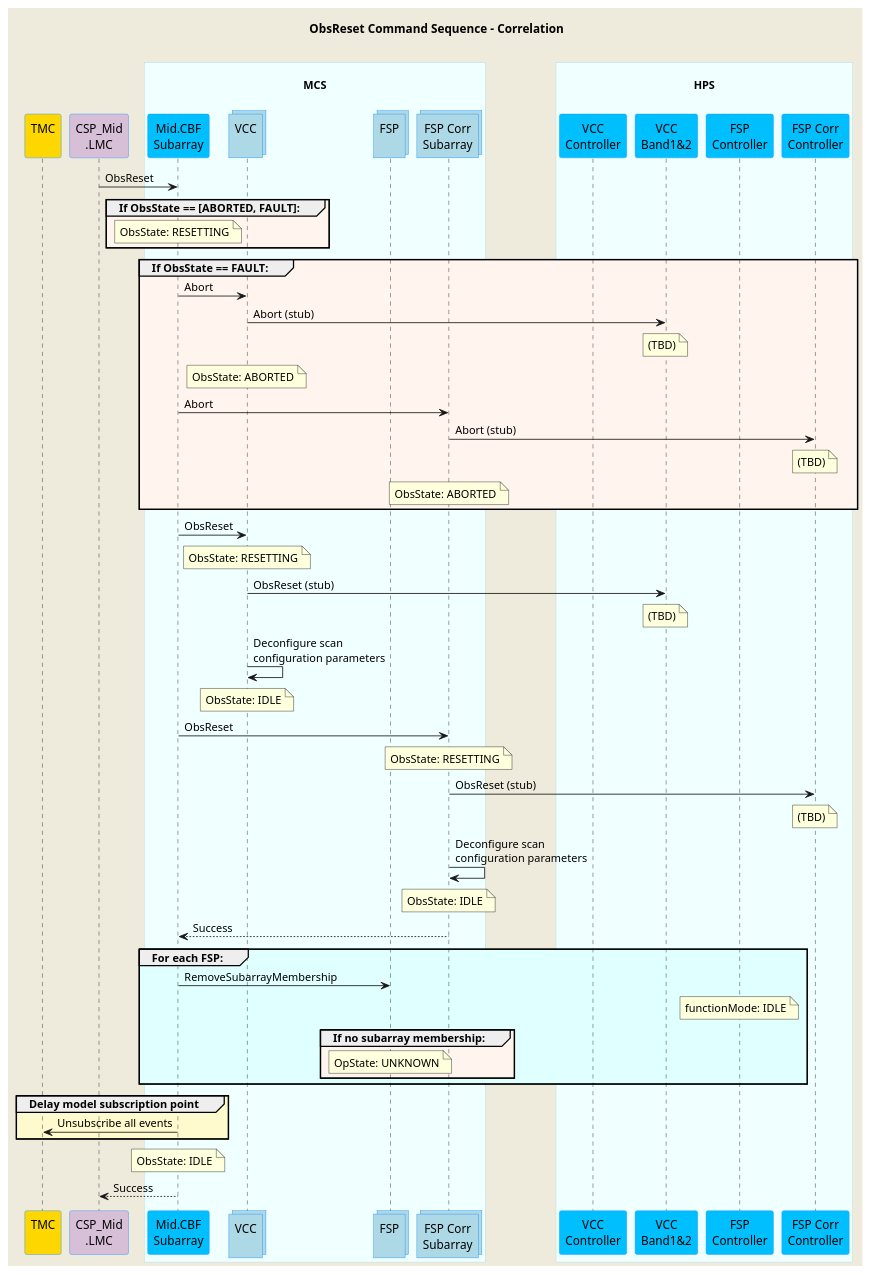
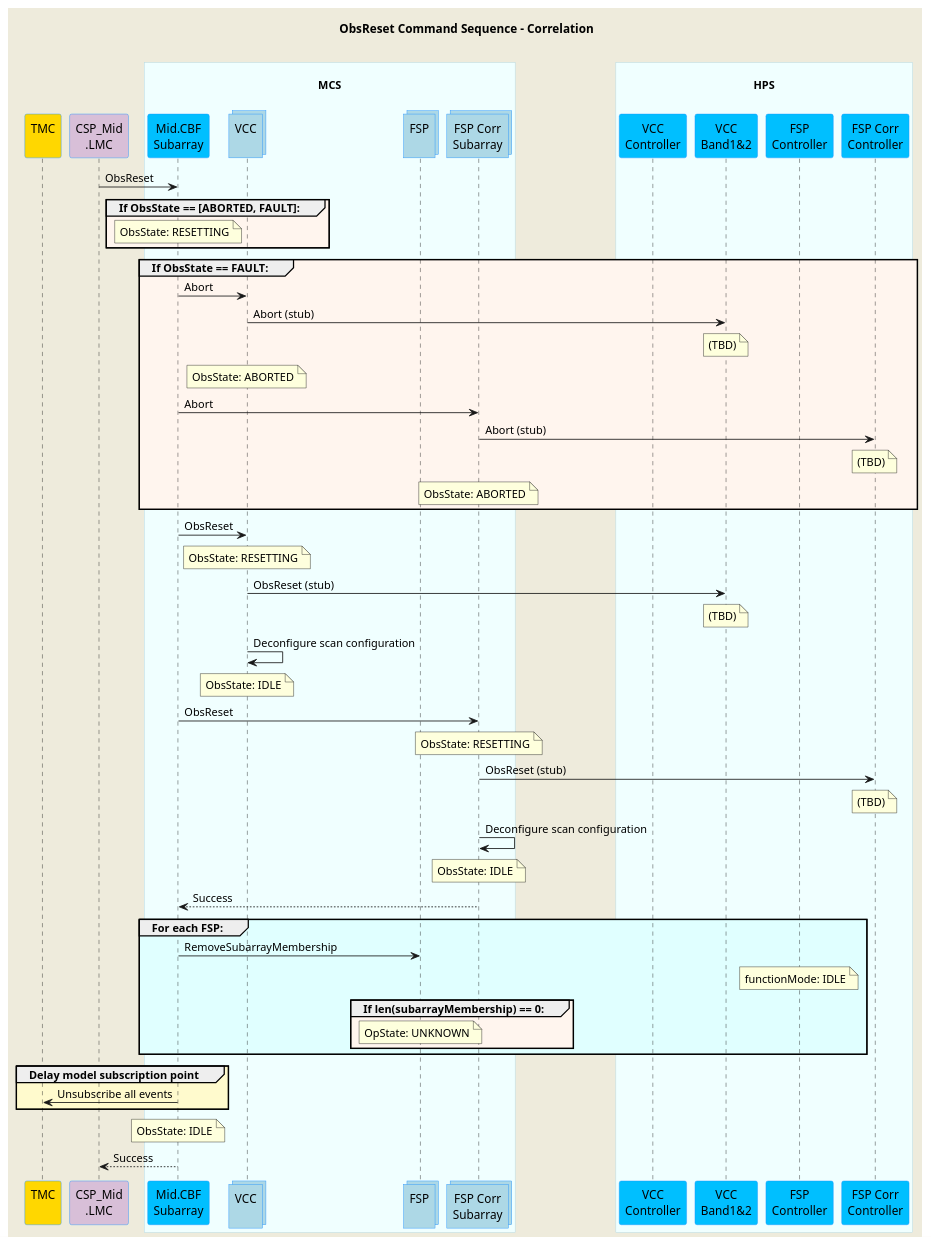
One commit to ska-telescope/mid-cbf-mcs changed the diagram in docs/src/diagrams/obsreset-command.puml. Above: the diagram before and after it, drawn with PlantUML. The commit also changed 11 other files, not shown here.

Commit message:
CIP-2424 sequence diagram consistency tweaks

```diff
--- a/docs/src/diagrams/obsreset-command.puml
+++ b/docs/src/diagrams/obsreset-command.puml
@@ -1,86 +1,86 @@
 @startuml
 'https://plantuml.com/sequence-diagram
 
 skinparam backgroundColor #EEEBDC
 skinparam sequence {
   ParticipantBorderColor DodgerBlue
   ParticipantBackgroundColor DeepSkyBlue
   ActorBorderColor DarkGreen
   ActorBackgroundColor Green
   BoxBorderColor LightBlue
   BoxBackgroundColor #F0FFFF
 }
 skinparam collections {
   BackGroundColor LightBlue
   BorderColor DodgerBlue
 }
 skinparam database {
   BackgroundColor LightGreen
   BorderColor DarkGreen
 }
 
 title ObsReset Command Sequence - Correlation\n
 
 participant "TMC\n" as tmc #Gold
 participant "CSP_Mid\n.LMC" as lmc #Thistle
 box "\nMCS\n"
   participant "Mid.CBF\nSubarray" as subarray
   collections "VCC\n" as vcc
   collections "FSP\n" as fsp
   collections "FSP Corr\nSubarray" as fspsubarray
 end box
 box "\nHPS\n"
   participant "VCC\nController" as hpsvcc
   participant "VCC\nBand1&2" as hpsvccband
   participant "FSP\nController" as hpsfsp_cont  
   participant "FSP Corr\nController" as hpsfsp
 end box
 
 lmc         ->  subarray      : ObsReset
 
 group #SeaShell If ObsState == [ABORTED, FAULT]:
   note over subarray           : ObsState: RESETTING
 end group
 
 group #SeaShell If ObsState == FAULT:
   subarray    ->  vcc           : Abort
   vcc         ->  hpsvccband    : Abort (stub)
   note over hpsvccband          : (TBD)
   note over vcc                 : ObsState: ABORTED
   subarray    ->  fspsubarray   : Abort
   fspsubarray ->  hpsfsp        : Abort (stub)
   note over hpsfsp              : (TBD)
   note over fspsubarray         : ObsState: ABORTED
 end group
 
 subarray    ->  vcc           : ObsReset
 note over vcc                 : ObsState: RESETTING
 vcc         ->  hpsvccband    : ObsReset (stub)
 note over hpsvccband          : (TBD)
-vcc         ->  vcc           : Deconfigure scan\nconfiguration parameters 
+vcc         ->  vcc           : Deconfigure scan configuration 
 note over vcc                 : ObsState: IDLE
 
 subarray    ->  fspsubarray   : ObsReset
 note over fspsubarray         : ObsState: RESETTING
 fspsubarray ->  hpsfsp        : ObsReset (stub)
 note over hpsfsp              : (TBD)
-fspsubarray ->  fspsubarray   : Deconfigure scan\nconfiguration parameters
+fspsubarray ->  fspsubarray   : Deconfigure scan configuration
 note over fspsubarray         : ObsState: IDLE
 subarray    <--  fspsubarray  : Success
 
 group #LightCyan For each FSP:
     subarray    -> fsp        : RemoveSubarrayMembership
     note over hpsfsp_cont     : functionMode: IDLE
-    group #SeaShell If no subarray membership:
+    group #SeaShell If len(subarrayMembership) == 0:
       note over fsp           : OpState: UNKNOWN
     end group
 end group
 
 group #LemonChiffon Delay model subscription point
     subarray    -> tmc        : Unsubscribe all events
 end group
 
 note over subarray            : ObsState: IDLE
 lmc        <--  subarray      : Success
 
 @enduml
```
